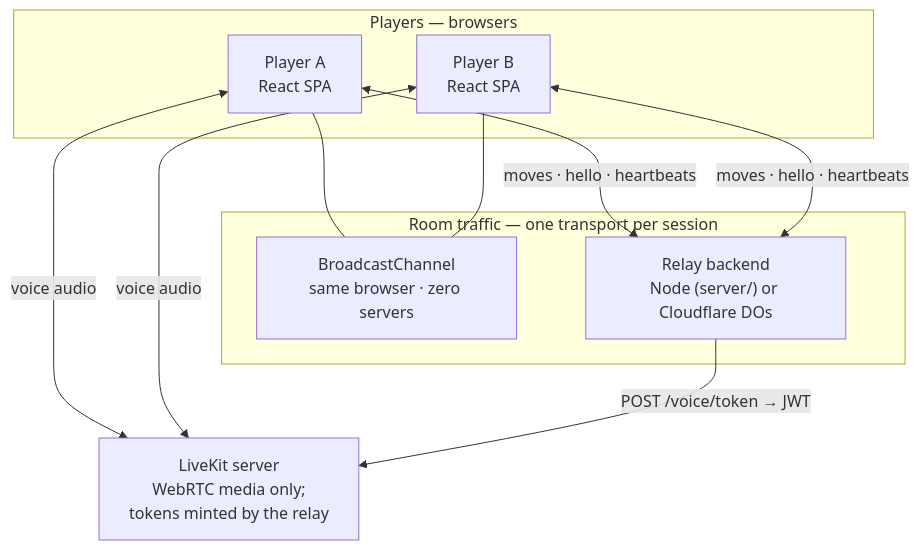
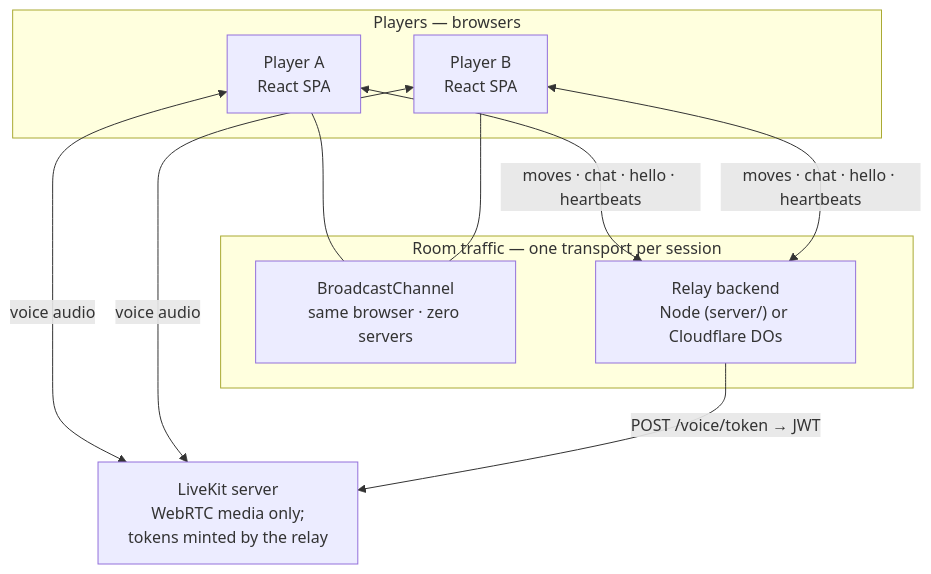
The first of 7 diagrams in docs/ARCHITECTURE.md (nahyan0077/arcade-hub), drawn with Mermaid before and after one commit. The commit also changed other lines of this file and 5 other files, not shown here.

````diff
--- a/docs/ARCHITECTURE.md
+++ b/docs/ARCHITECTURE.md
@@ -24,22 +24,22 @@
 ```mermaid
 flowchart TB
     subgraph Browsers["Players — browsers"]
         P1["Player A<br/>React SPA"]
         P2["Player B<br/>React SPA"]
     end
 
     subgraph Net["Room traffic — one transport per session"]
         BC["BroadcastChannel<br/>same browser · zero servers"]
         Relay["Relay backend<br/>Node (server/) or Cloudflare DOs"]
     end
 
     LK["LiveKit server<br/>WebRTC media only;<br/>tokens minted by the relay"]
 
     P1 --- BC
     P2 --- BC
-    P1 <-->|"moves · hello · heartbeats"| Relay
-    P2 <-->|"moves · hello · heartbeats"| Relay
+    P1 <-->|"moves · chat · hello · heartbeats"| Relay
+    P2 <-->|"moves · chat · hello · heartbeats"| Relay
     P1 <-->|"voice audio"| LK
     P2 <-->|"voice audio"| LK
     Relay -->|"POST /voice/token → JWT"| LK
 ```
````
